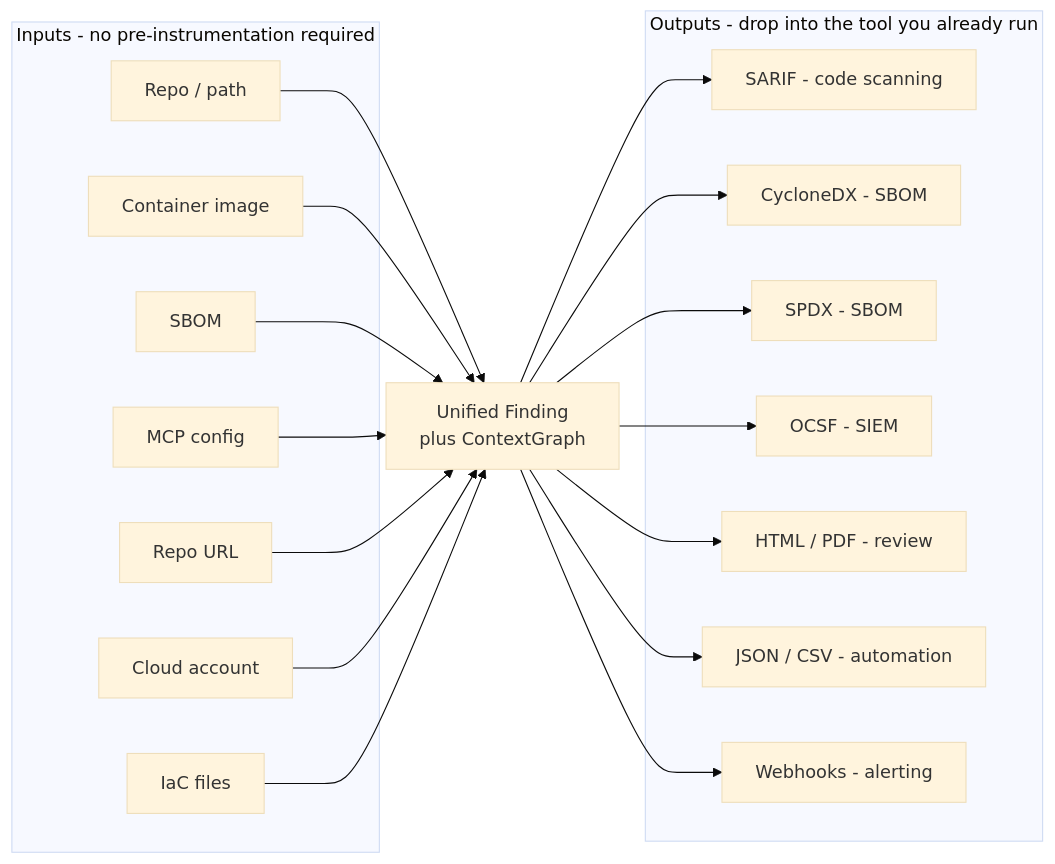
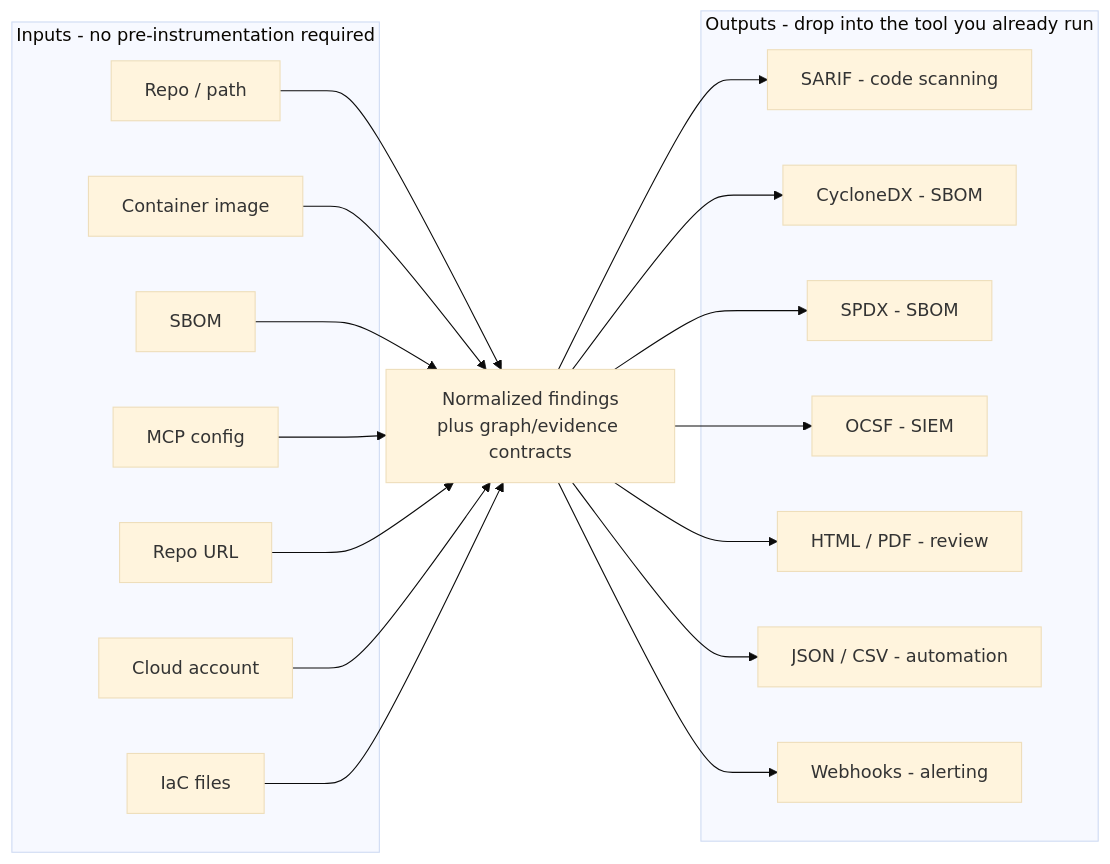
Before and after one commit to msaad00/agent-bom: the fourth of 8 diagrams in docs/ARCHITECTURE.md, drawn with Mermaid (base theme). The commit also changed other lines of this file and 2 other files, not shown here.

Commit message:
docs(readme): make public proof concise and architecture-accurate

````diff
--- a/docs/ARCHITECTURE.md
+++ b/docs/ARCHITECTURE.md
@@ -207,25 +195,25 @@
 ```mermaid
 flowchart LR
     subgraph INPUTS["Inputs - no pre-instrumentation required"]
         I1["Repo / path"]
         I2["Container image"]
         I3["SBOM"]
         I4["MCP config"]
         I5["Repo URL"]
         I6["Cloud account"]
         I7["IaC files"]
     end
-    CORE["Unified Finding\nplus ContextGraph"]
+    CORE["Normalized findings\nplus graph/evidence contracts"]
     subgraph OUTPUTS["Outputs - drop into the tool you already run"]
         O1["SARIF - code scanning"]
         O2["CycloneDX - SBOM"]
         O3["SPDX - SBOM"]
         O4["OCSF - SIEM"]
         O5["HTML / PDF - review"]
         O6["JSON / CSV - automation"]
         O7["Webhooks - alerting"]
     end
 
     I1 & I2 & I3 & I4 & I5 & I6 & I7 --> CORE
     CORE --> O1 & O2 & O3 & O4 & O5 & O6 & O7
 ```
````
